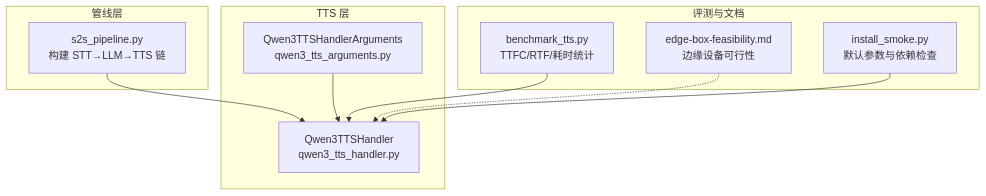
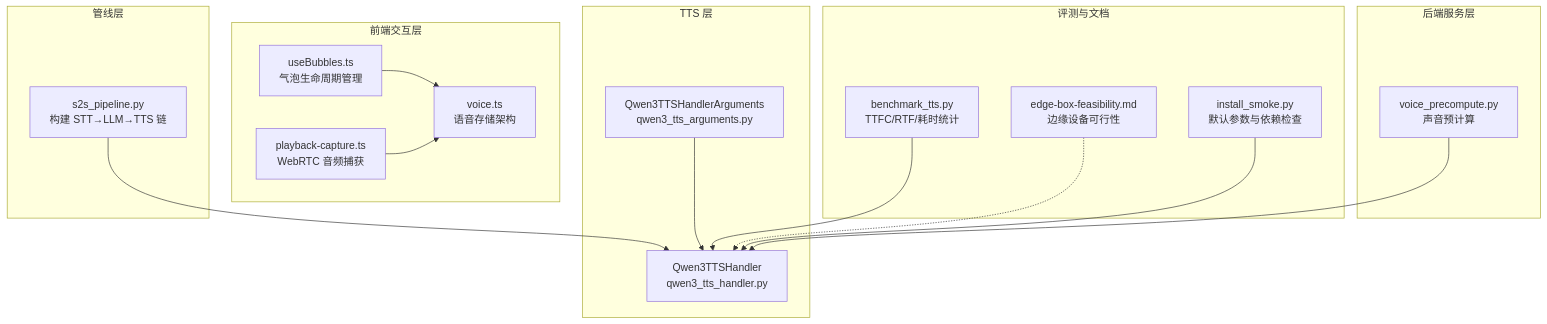
One commit to joezxh/speech-to-speech changed the first of 13 diagrams in .qoder/repowiki/zh/content/文字转语音 (TTS)/Qwen3-TTS 引擎.md. Above: the diagram before and after it, drawn with Mermaid. The commit also changed other lines of this file and 1743 other files, not shown here.

````diff
--- a/.qoder/repowiki/zh/content/文字转语音 (TTS)/Qwen3-TTS 引擎.md
+++ b/.qoder/repowiki/zh/content/文字转语音 (TTS)/Qwen3-TTS 引擎.md
@@ -40,20 +60,31 @@
 ```mermaid
 graph TB
 subgraph "TTS 层"
 QTH["Qwen3TTSHandler<br/>qwen3_tts_handler.py"]
 QArgs["Qwen3TTSHandlerArguments<br/>qwen3_tts_arguments.py"]
+end
+subgraph "前端交互层"
+Bubbles["useBubbles.ts<br/>气泡生命周期管理"]
+Capture["playback-capture.ts<br/>WebRTC 音频捕获"]
+VoiceStore["voice.ts<br/>语音存储架构"]
+end
+subgraph "后端服务层"
+Precompute["voice_precompute.py<br/>声音预计算"]
 end
 subgraph "管线层"
 S2S["s2s_pipeline.py<br/>构建 STT→LLM→TTS 链"]
 end
 subgraph "评测与文档"
 Bench["benchmark_tts.py<br/>TTFC/RTF/耗时统计"]
 Edge["edge-box-feasibility.md<br/>边缘设备可行性"]
 Smoke["install_smoke.py<br/>默认参数与依赖检查"]
 end
 QArgs --> QTH
 S2S --> QTH
 Bench --> QTH
 Smoke --> QTH
 Edge -.-> QTH
+Bubbles --> VoiceStore
+Capture --> VoiceStore
+Precompute --> QTH
 ```
````
